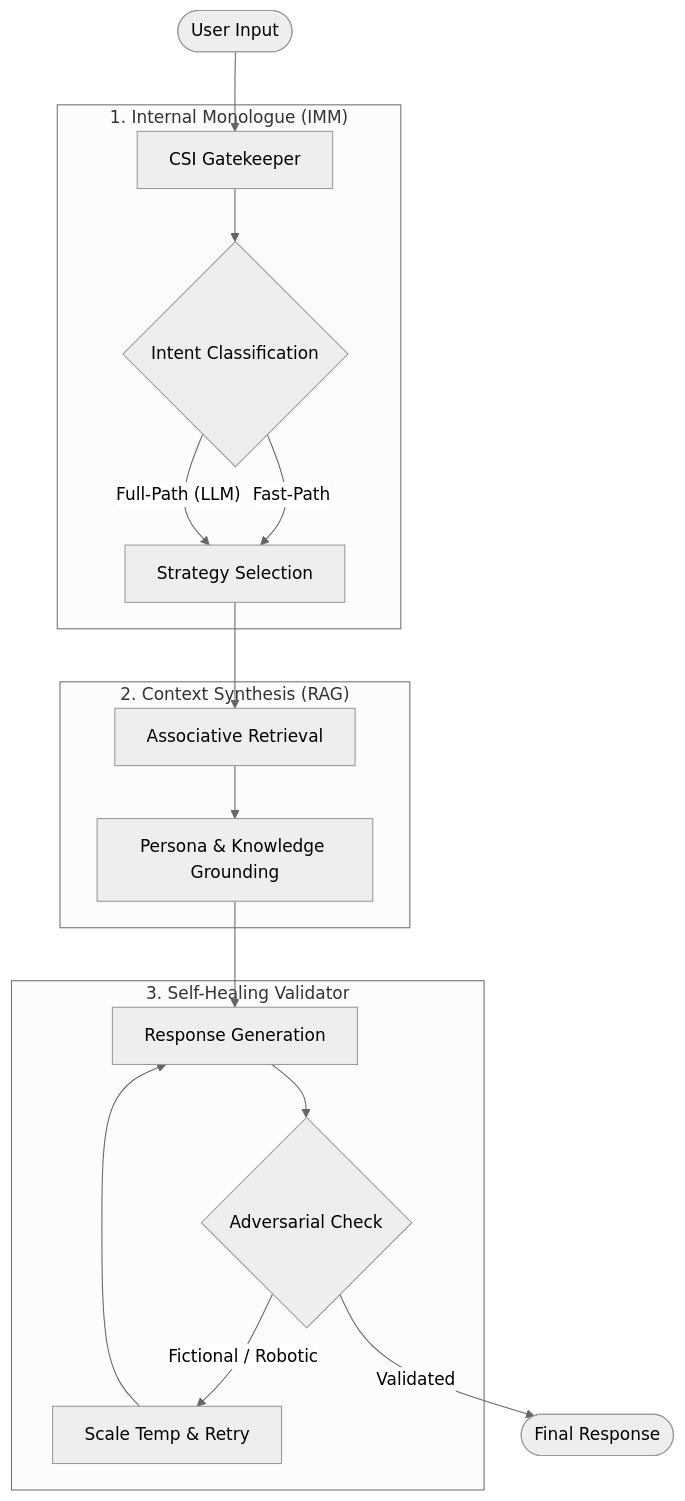
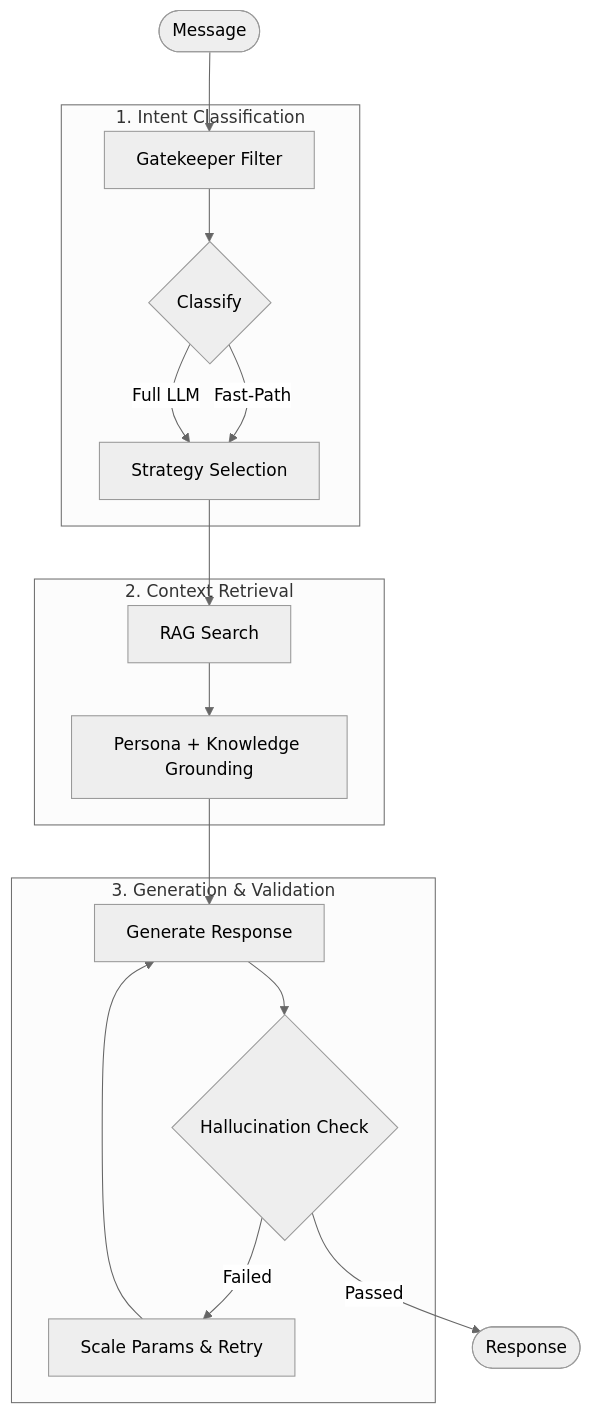
Before and after one commit to Ekco-S64QTN6/Kaiacord: the first of 3 diagrams in README.md, drawn with Mermaid (neutral theme). The commit also changed other lines of this file and 95 other files, not shown here.

````diff
--- a/README.md
+++ b/README.md
@@ -80,25 +78,24 @@
 ```mermaid
 graph TD
-    User([User Input]) --> Gatekeeper[CSI Gatekeeper]
-    
-    subgraph DecisionLayer ["1. Internal Monologue (IMM)"]
-        Gatekeeper --> Classify{Intent Classification}
-        Classify --"Fast-Path"--> Strategy[Strategy Selection]
-        Classify --"Full-Path (LLM)"--> Strategy
+    User([Message]) --> Gatekeeper[Gatekeeper Filter]
+
+    subgraph Classify ["1. Intent Classification"]
+        Gatekeeper --> Intent{Classify}
+        Intent --"Fast-Path"--> Strategy[Strategy Selection]
+        Intent --"Full LLM"--> Strategy
     end
-    
-    subgraph RetrievalLayer ["2. Context Synthesis (RAG)"]
-        Strategy --> RAG[Associative Retrieval]
-        RAG --> Context[Persona & Knowledge Grounding]
+
+    subgraph Retrieve ["2. Context Retrieval"]
+        Strategy --> RAG[RAG Search]
+        RAG --> Context[Persona + Knowledge Grounding]
     end
-    
-    subgraph ValidationLoop ["3. Self-Healing Validator"]
-        Context --> Gen[Response Generation]
-        Gen --> Validator{Adversarial Check}
-        Validator --"Fictional / Robotic"--> Retry[Scale Temp & Retry]
+
+    subgraph Validate ["3. Generation & Validation"]
+        Context --> Gen[Generate Response]
+        Gen --> Check{Hallucination Check}
+        Check --"Failed"--> Retry[Scale Params & Retry]
         Retry --> Gen
     end
-    
-    Validator --"Validated"--> Output([Final Response])
-    
+
+    Check --"Passed"--> Output([Response])
 ```
````
